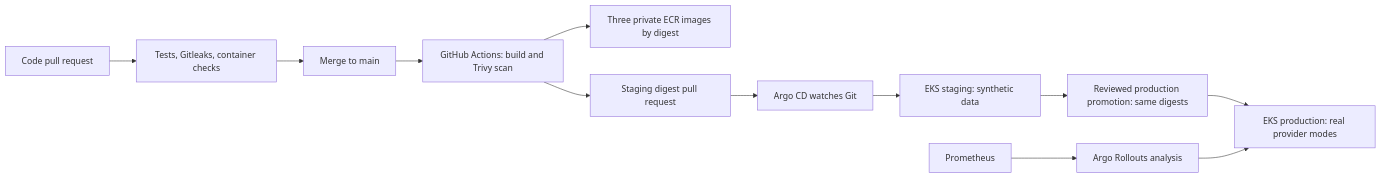
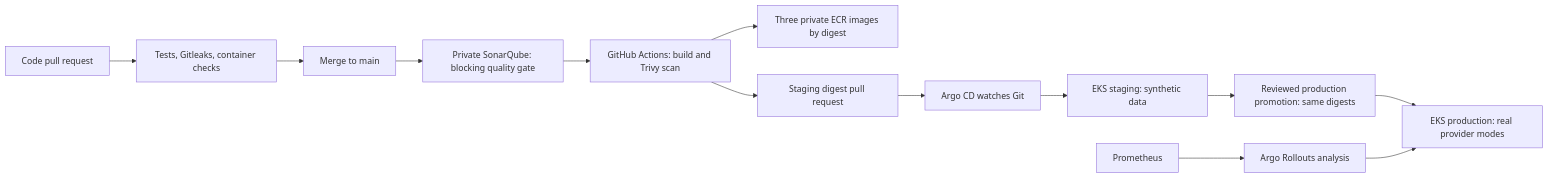
One commit to Saisharath123/market_intel changed the diagram in README.md. Above: the diagram before and after it, drawn with Mermaid. The commit also changed other lines of this file and 26 other files, not shown here.

First line of the commit message:
Gate releases with private SonarQube and route stock dashboard through canaries (#6)

````diff
--- a/README.md
+++ b/README.md
@@ -25,14 +26,15 @@
 ```mermaid
 flowchart LR
     PR[Code pull request] --> CI[Tests, Gitleaks, container checks]
     CI --> Main[Merge to main]
-    Main --> Build[GitHub Actions: build and Trivy scan]
+    Main --> Sonar[Private SonarQube: blocking quality gate]
+    Sonar --> Build[GitHub Actions: build and Trivy scan]
     Build --> ECR[Three private ECR images by digest]
     Build --> StagePR[Staging digest pull request]
     StagePR --> Argo[Argo CD watches Git]
     Argo --> Stage[EKS staging: synthetic data]
     Stage --> Promote[Reviewed production promotion: same digests]
     Promote --> Prod[EKS production: real provider modes]
     Prom[Prometheus] --> Analysis[Argo Rollouts analysis]
     Analysis --> Prod
 ```
````
